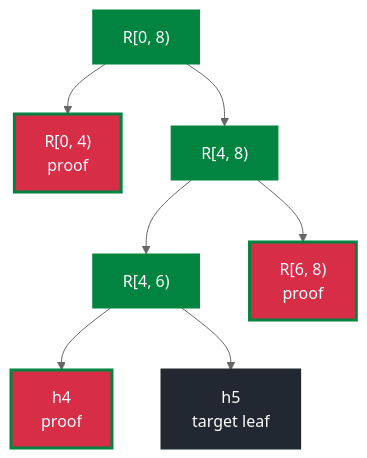
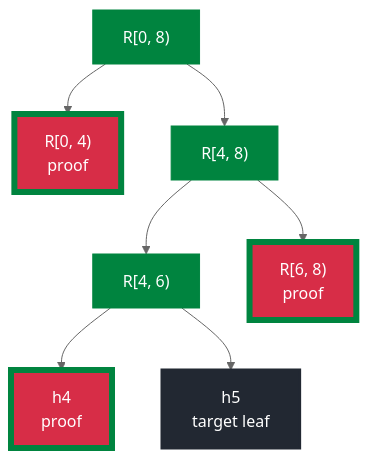
Before and after one commit to microsoft/merklecpp: diagram 14 of 20 in doc/tiles-illustrated.rst, drawn with Mermaid (neutral theme). The commit also changed other lines of this file, not shown here.

First line of the commit message:
Thicken contrasting diagram borders

```diff
--- a/doc/tiles-illustrated.rst
+++ b/doc/tiles-illustrated.rst
@@ -498,21 +498,21 @@
 .. mermaid::
 
    flowchart TB
      R08["R[0, 8)"]:::tile
      P04["R[0, 4)<br/>proof"]:::proofTile
      R48["R[4, 8)"]:::tile
      R46["R[4, 6)"]:::tile
      P68["R[6, 8)<br/>proof"]:::proofTile
      P4["h4<br/>proof"]:::proofTile
      X5["h5<br/>target leaf"]:::target
 
      R08 --> P04
      R08 --> R48
      R48 --> R46
      R48 --> P68
      R46 --> P4
      R46 --> X5
 
      classDef tile fill:#00843f,stroke:#00843f,color:#ffffff
      classDef target fill:#222832,stroke:#222832,stroke-width:3px,color:#ffffff
-     classDef proofTile fill:#d72d47,stroke:#00843f,stroke-width:3px,color:#ffffff
+     classDef proofTile fill:#d72d47,stroke:#00843f,stroke-width:6px,color:#ffffff
```
